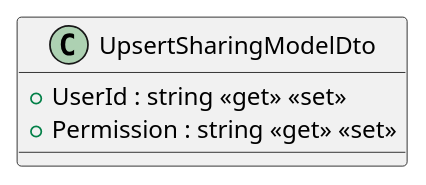
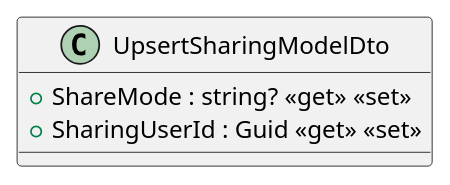
One commit to thanhkhac/SEP_Diagram changed the diagram in FolderTest/Dto/UpsertSharingModelDto.puml. Above: the diagram before and after it, drawn with PlantUML. The commit also changed 3 other files, not shown here.

```diff
--- a/FolderTest/Dto/UpsertSharingModelDto.puml
+++ b/FolderTest/Dto/UpsertSharingModelDto.puml
@@ -1,6 +1,6 @@
 @startuml
 class UpsertSharingModelDto {
-    + UserId : string <<get>> <<set>>
-    + Permission : string <<get>> <<set>>
+    + ShareMode : string? <<get>> <<set>>
+    + SharingUserId : Guid <<get>> <<set>>
 }
 @enduml
```
